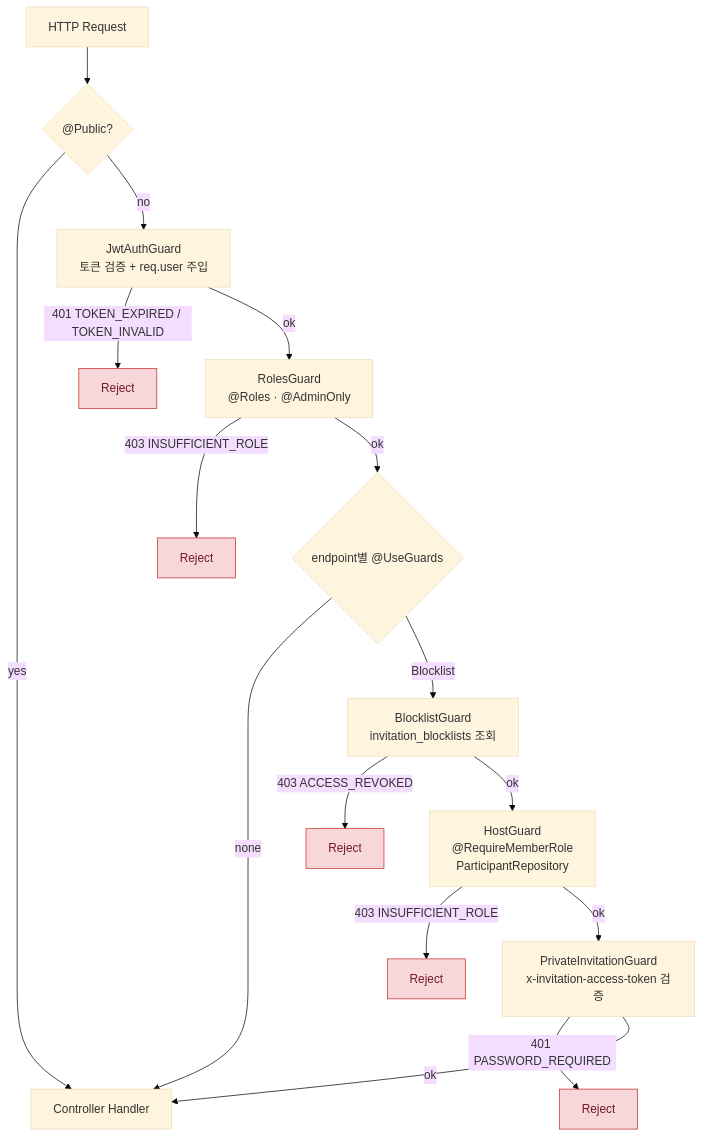
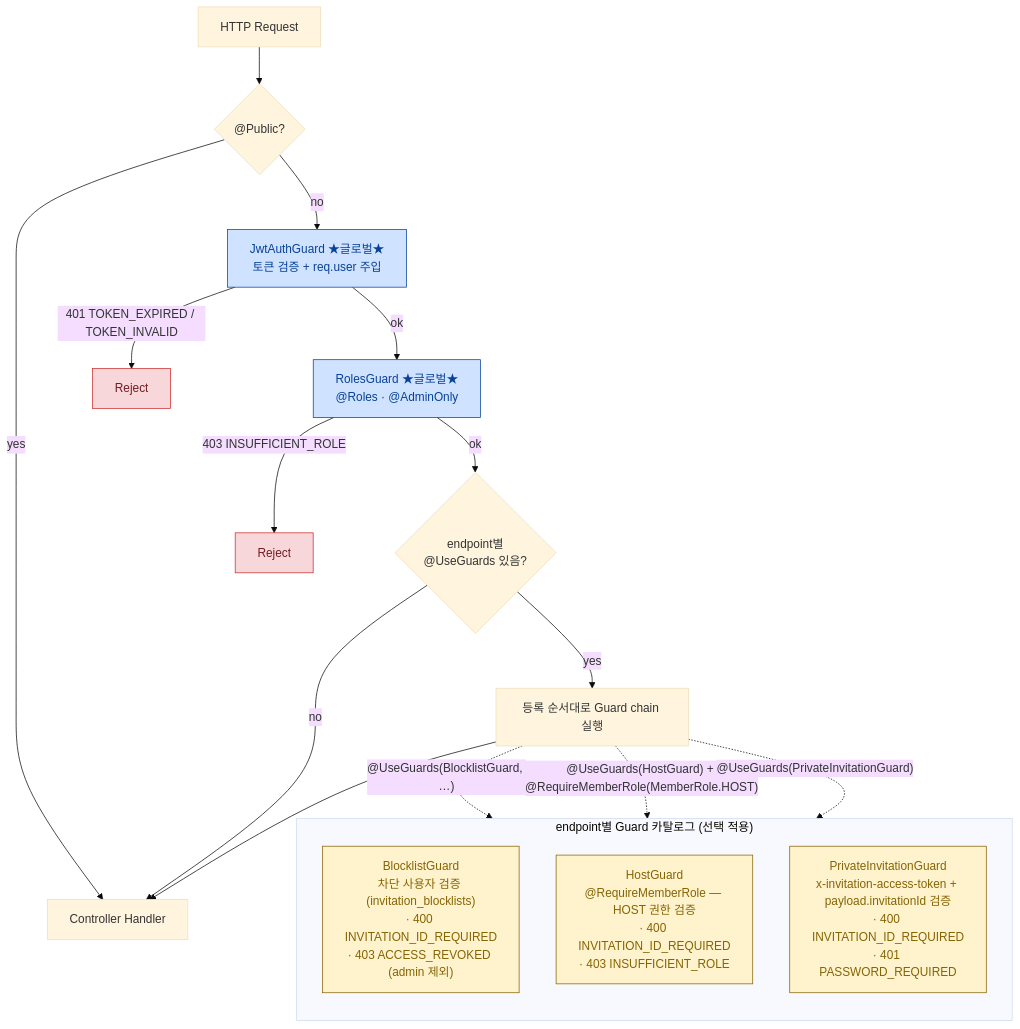
Before and after one commit to Wara-by-Gara/Wara: the diagram in docs/architecture/guard-flow.mmd, drawn with Mermaid (base theme). The commit also changed 1 other file, not shown here.

Commit message:
docs(architecture): guard-flow 다이어그램 정확도 보완
내부 검토 결과 두 가지 부정확 발견 후 수정.

- INVITATION_ID_REQUIRED 분기 추가: HostGuard / BlocklistGuard /
  PrivateInvitationGuard 모두 invitationId path param 누락 시
  BadRequestException throw하는 코드 경로가 다이어그램에 누락됐었음
- endpoint별 Guard 표현을 chain → "카탈로그 (선택 적용)"로 변경:
  이전 다이어그램은 Blocklist→Host→Private 순서 체인처럼 보였으나
  실제 사용은 endpoint마다 필요한 Guard만 @UseGuards()로 선택 적용
- 글로벌 Guard(JwtAuth/Roles)와 endpoint별 Guard를 색상으로 구분

```diff
--- a/docs/architecture/guard-flow.mmd
+++ b/docs/architecture/guard-flow.mmd
@@ -1,19 +1,29 @@
 flowchart TD
     Req[HTTP Request] --> Public{"@Public?"}
     Public -- yes --> Handler[Controller Handler]
-    Public -- no --> Jwt["JwtAuthGuard<br/>토큰 검증 + req.user 주입"]
+    Public -- no --> Jwt["JwtAuthGuard ★글로벌★<br/>토큰 검증 + req.user 주입"]
     Jwt -- "401 TOKEN_EXPIRED / TOKEN_INVALID" --> Reject1[Reject]
-    Jwt -- ok --> Roles["RolesGuard<br/>@Roles · @AdminOnly"]
+    Jwt -- ok --> Roles["RolesGuard ★글로벌★<br/>@Roles · @AdminOnly"]
     Roles -- "403 INSUFFICIENT_ROLE" --> Reject2[Reject]
-    Roles -- ok --> EndpointGuards{"endpoint별 @UseGuards"}
-    EndpointGuards -- none --> Handler
-    EndpointGuards -- Blocklist --> Block["BlocklistGuard<br/>invitation_blocklists 조회"]
-    Block -- "403 ACCESS_REVOKED" --> Reject3[Reject]
-    Block -- ok --> Host["HostGuard<br/>@RequireMemberRole<br/>ParticipantRepository"]
-    Host -- "403 INSUFFICIENT_ROLE" --> Reject4[Reject]
-    Host -- ok --> Private["PrivateInvitationGuard<br/>x-invitation-access-token 검증"]
-    Private -- "401 PASSWORD_REQUIRED" --> Reject5[Reject]
-    Private -- ok --> Handler
+    Roles -- ok --> Has{"endpoint별<br/>@UseGuards 있음?"}
+    Has -- no --> Handler
+    Has -- yes --> EpChain["등록 순서대로 Guard chain 실행"]
+    EpChain --> Handler
+
+    subgraph EndpointCatalog ["endpoint별 Guard 카탈로그 (선택 적용)"]
+        direction TB
+        BG["BlocklistGuard<br/>차단 사용자 검증 (invitation_blocklists)<br/>· 400 INVITATION_ID_REQUIRED<br/>· 403 ACCESS_REVOKED (admin 제외)"]
+        HG["HostGuard<br/>@RequireMemberRole — HOST 권한 검증<br/>· 400 INVITATION_ID_REQUIRED<br/>· 403 INSUFFICIENT_ROLE"]
+        PG["PrivateInvitationGuard<br/>x-invitation-access-token + payload.invitationId 검증<br/>· 400 INVITATION_ID_REQUIRED<br/>· 401 PASSWORD_REQUIRED"]
+    end
+
+    EpChain -. "@UseGuards(BlocklistGuard, …)" .-> BG
+    EpChain -. "@UseGuards(HostGuard) + @RequireMemberRole(MemberRole.HOST)" .-> HG
+    EpChain -. "@UseGuards(PrivateInvitationGuard)" .-> PG
 
     classDef reject fill:#f8d7da,stroke:#c9302c,color:#721c24
-    class Reject1,Reject2,Reject3,Reject4,Reject5 reject
+    classDef global fill:#cfe2ff,stroke:#084298,color:#084298
+    classDef catalog fill:#fff3cd,stroke:#856404,color:#856404
+    class Reject1,Reject2 reject
+    class Jwt,Roles global
+    class BG,HG,PG catalog
```
